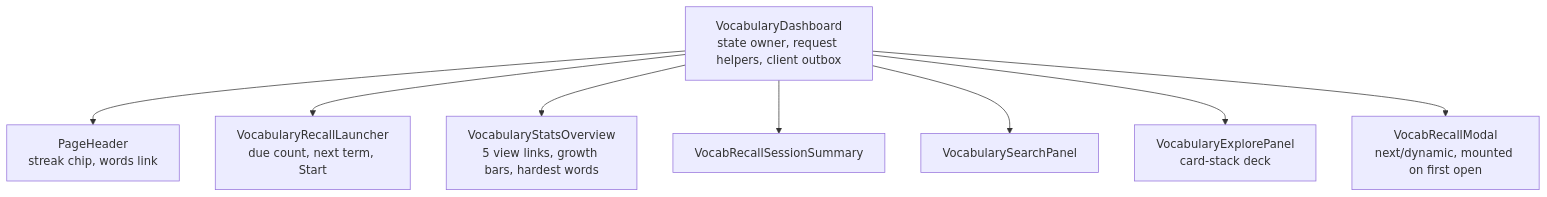
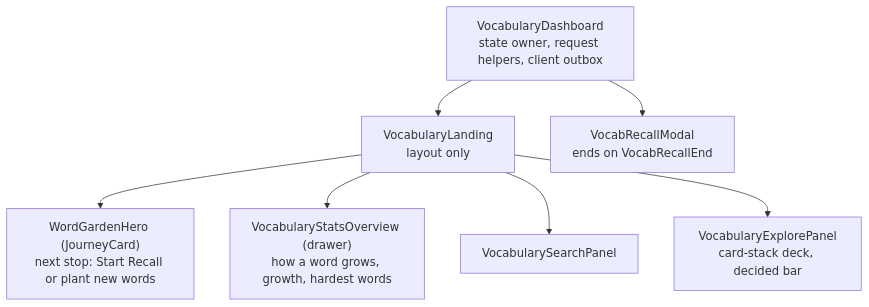
Before and after one commit to NaKMiers/English_For_Only_Me: the third of 3 diagrams in docs/06-frontend.md, drawn with Mermaid. The commit also changed other lines of this file, not shown here.

````diff
--- a/docs/06-frontend.md
+++ b/docs/06-frontend.md
@@ -392,11 +435,10 @@
 ```mermaid
 graph TD
   Dash["VocabularyDashboard<br/>state owner, request helpers, client outbox"]
-  Dash --> Head["PageHeader<br/>streak chip, words link"]
-  Dash --> Launcher["VocabularyRecallLauncher<br/>due count, next term, Start"]
-  Dash --> Stats["VocabularyStatsOverview<br/>5 view links, growth bars, hardest words"]
-  Dash --> Summary["VocabRecallSessionSummary"]
-  Dash --> Search["VocabularySearchPanel"]
-  Dash --> Explore["VocabularyExplorePanel<br/>card-stack deck"]
-  Dash --> Modal["VocabRecallModal<br/>next/dynamic, mounted on first open"]
+  Dash --> Landing["VocabularyLanding<br/>layout only"]
+  Landing --> Garden["WordGardenHero (JourneyCard)<br/>next stop: Start Recall or plant new words"]
+  Landing --> Drawer["VocabularyStatsOverview (drawer)<br/>how a word grows, growth, hardest words"]
+  Landing --> Search["VocabularySearchPanel"]
+  Landing --> Explore["VocabularyExplorePanel<br/>card-stack deck, decided bar"]
+  Dash --> Modal["VocabRecallModal<br/>ends on VocabRecallEnd"]
 ```
````
